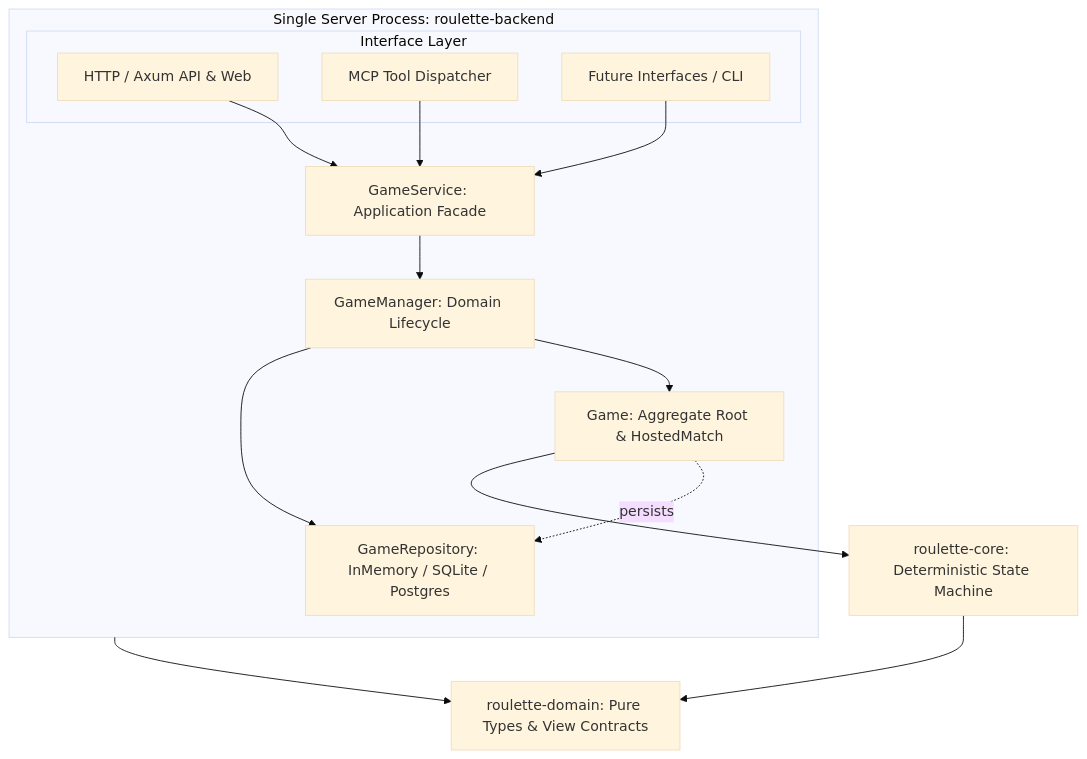
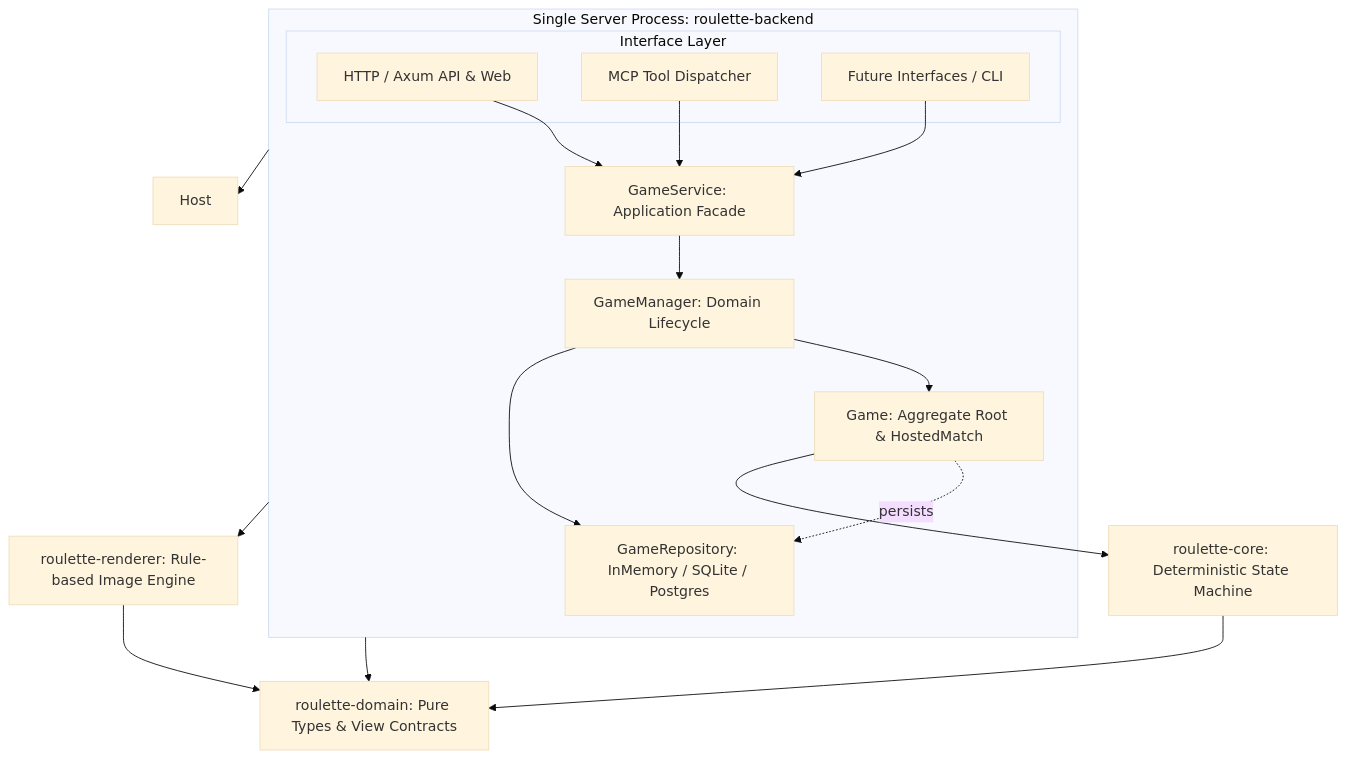
Before and after one commit to AKIMOTOkaya/russia_roulette: the diagram in docs/project/modules.md, drawn with Mermaid (base theme). The commit also changed other lines of this file and 22 other files, not shown here.

Commit message:
feat(renderer): add rule-based image composition sublayer and endpoints

````diff
--- a/docs/project/modules.md
+++ b/docs/project/modules.md
@@ -40,31 +41,35 @@
 ```mermaid
 flowchart TD
     subgraph Server [Single Server Process: roulette-backend]
         subgraph Interfaces [Interface Layer]
             HTTP[HTTP / Axum API & Web]
             MCP[MCP Tool Dispatcher]
             Other[Future Interfaces / CLI]
         end
 
         Service[GameService: Application Facade]
         Manager[GameManager: Domain Lifecycle]
         GameEntity[Game: Aggregate Root & HostedMatch]
         Repo[GameRepository: InMemory / SQLite / Postgres]
         
         HTTP --> Service
         MCP --> Service
         Other --> Service
         
         Service --> Manager
         Manager --> GameEntity
         Manager --> Repo
         GameEntity -. persists .-> Repo
     end
 
     Core[roulette-core: Deterministic State Machine]
     Domain[roulette-domain: Pure Types & View Contracts]
+    Renderer[roulette-renderer: Rule-based Image Engine]
 
     GameEntity --> Core
     Core --> Domain
+    Renderer --> Domain
+    Server --> Host
+    Server --> Renderer
     Server --> Domain
 ```
````
